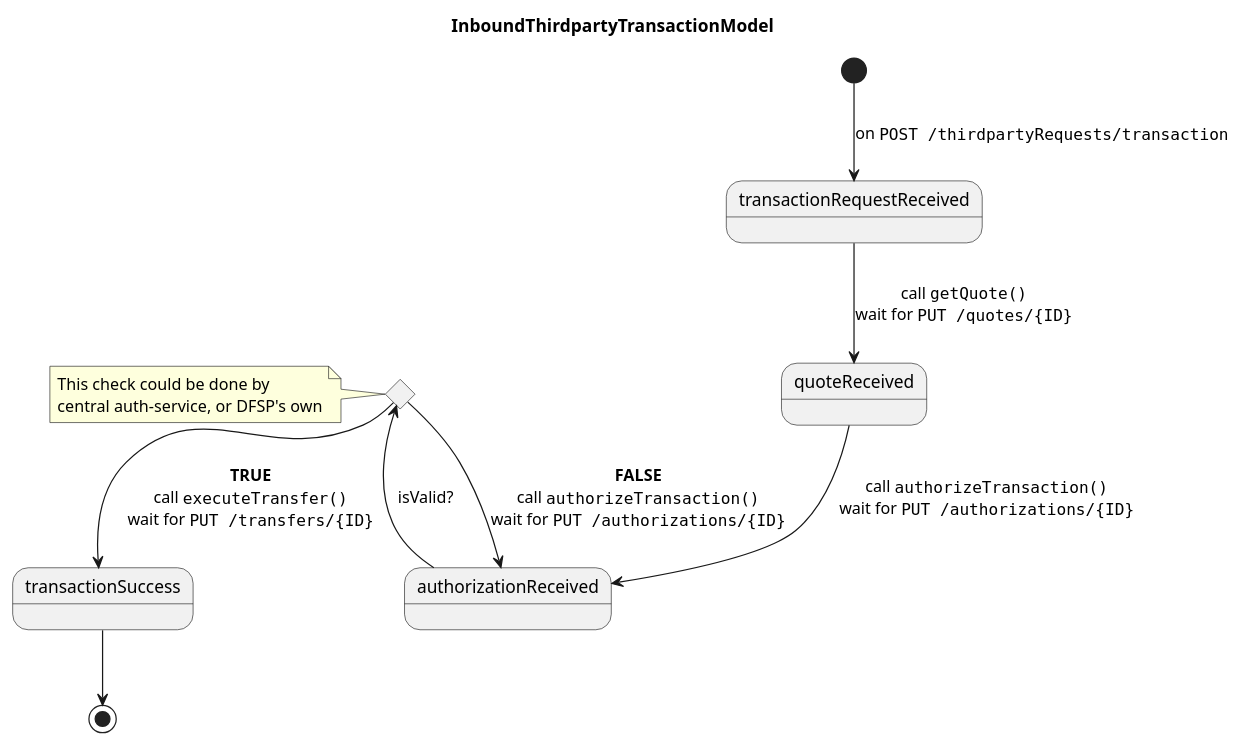
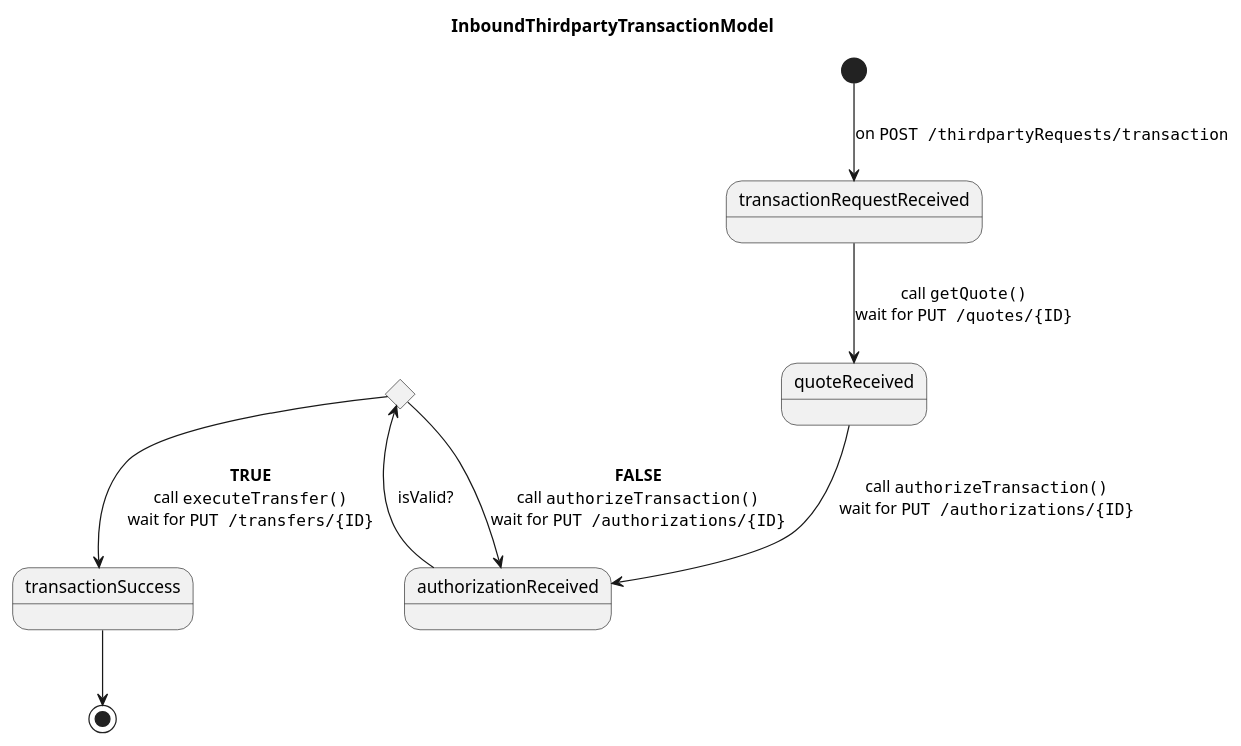
The diagram in docs/state_diagrams/InboundThirdpartyTransactionModel.puml (mojaloop/pisp-project), drawn with PlantUML before and after one commit. The commit also changed 1 other file, not shown here.

```diff
--- a/docs/state_diagrams/InboundThirdpartyTransactionModel.puml
+++ b/docs/state_diagrams/InboundThirdpartyTransactionModel.puml
@@ -1,17 +1,16 @@
 @startuml InboundThirdpartyTransactionModel
 
 title InboundThirdpartyTransactionModel
 
 state isValid <<choice>>
 
 [*] --> transactionRequestReceived: on ""POST /thirdpartyRequests/transaction""
 transactionRequestReceived --> quoteReceived: call ""getQuote()""\nwait for ""PUT /quotes/{ID}""
 quoteReceived --> authorizationReceived: call ""authorizeTransaction()""\nwait for ""PUT /authorizations/{ID}""
 authorizationReceived --> isValid: isValid?
 isValid --> transactionSuccess:**TRUE**\ncall ""executeTransfer()""\nwait for ""PUT /transfers/{ID}""
 isValid --> authorizationReceived:**FALSE**\ncall ""authorizeTransaction()""\nwait for ""PUT /authorizations/{ID}""
 transactionSuccess --> [*]
 
-note left of isValid : This check could be done by\ncentral auth-service, or DFSP's own
 
 @enduml
```
